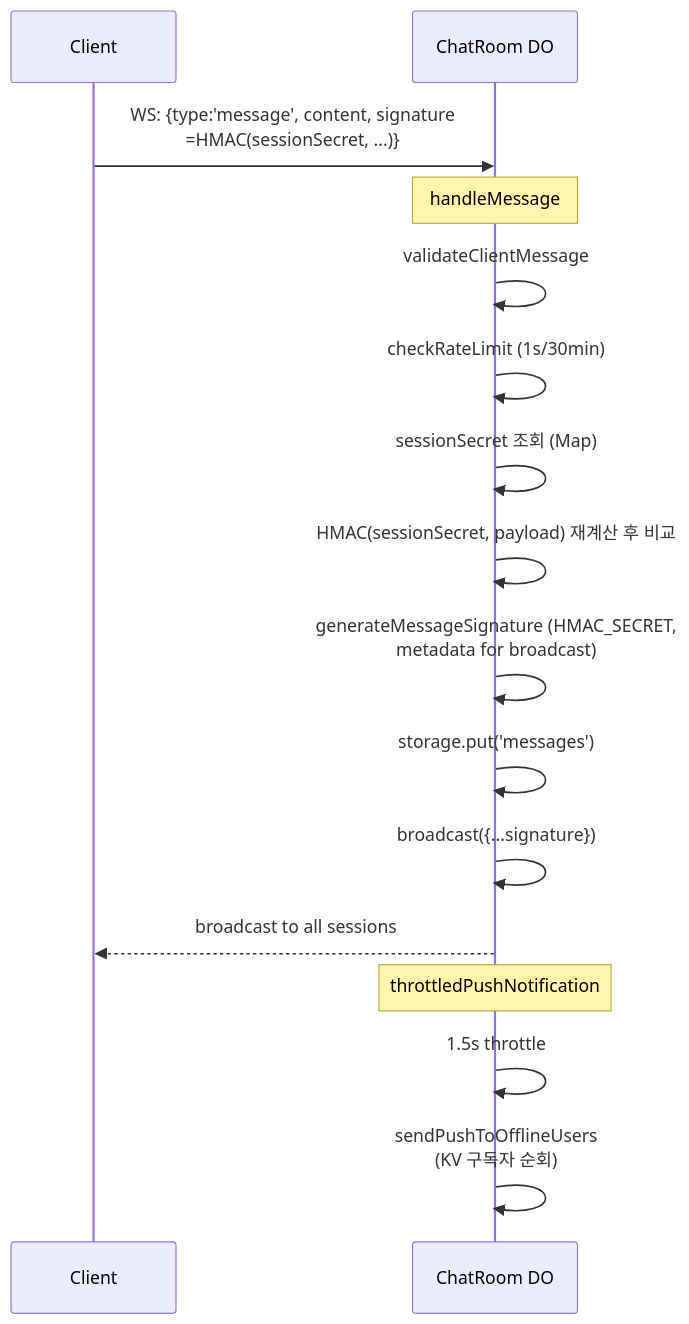
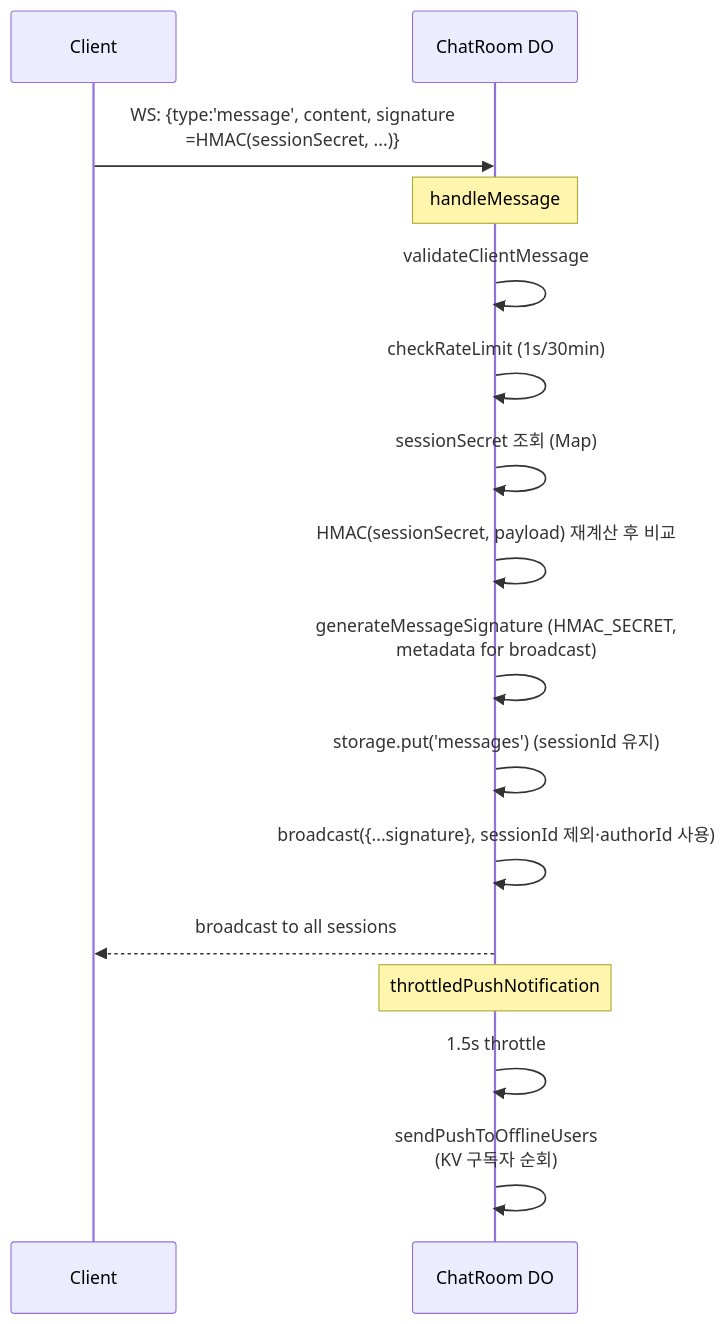
The second of 7 diagrams in docs/ARCHITECTURE.md (gguatit/Anonymous_Chat), drawn with Mermaid before and after one commit. The commit also changed other lines of this file and 13 other files, not shown here.

Commit message:
docs: v2 하드닝 문서 정합화 (README/API/SECURITY/ARCHITECTURE/CHANGELOG/ANALYSIS/FEATURE_IDEAS/PRESENTATION/privacy/plan/DEPLOYMENT)

````diff
--- a/docs/ARCHITECTURE.md
+++ b/docs/ARCHITECTURE.md
@@ -199,22 +200,22 @@
 ```mermaid
 sequenceDiagram
     participant C as Client
     participant DO as ChatRoom DO
 
     C->>DO: WS: {type:'message', content, signature<br/>=HMAC(sessionSecret, ...)}
 
     Note over DO: handleMessage
     DO->>DO: validateClientMessage
     DO->>DO: checkRateLimit (1s/30min)
     DO->>DO: sessionSecret 조회 (Map)
     DO->>DO: HMAC(sessionSecret, payload) 재계산 후 비교
     DO->>DO: generateMessageSignature (HMAC_SECRET,<br/>metadata for broadcast)
-    DO->>DO: storage.put('messages')
-    DO->>DO: broadcast({...signature})
+    DO->>DO: storage.put('messages') (sessionId 유지)
+    DO->>DO: broadcast({...signature}, sessionId 제외·authorId 사용)
 
     DO-->>C: broadcast to all sessions
 
     Note over DO: throttledPushNotification
     DO->>DO: 1.5s throttle
     DO->>DO: sendPushToOfflineUsers<br/>(KV 구독자 순회)
 ```
````
